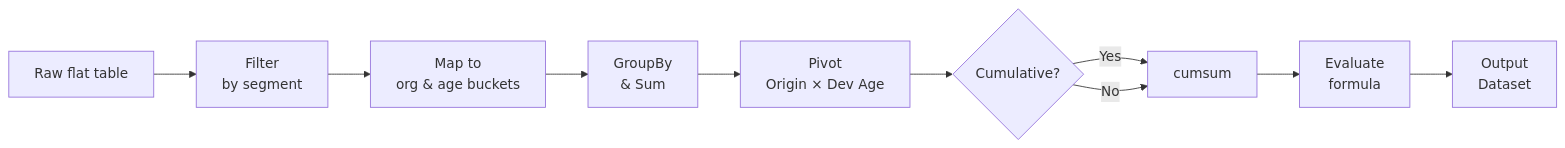
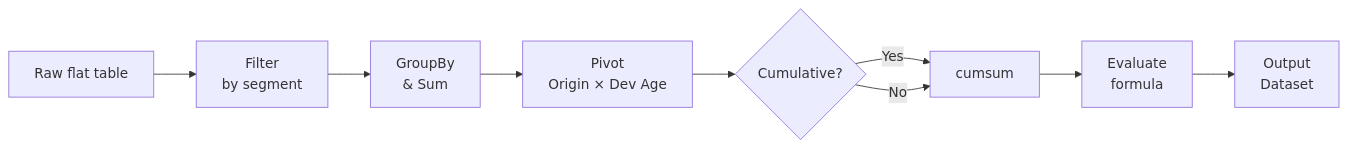
The second of 2 diagrams in README.md (xw2781/ADAS-Actuarial-Data-Analysis-System), drawn with Mermaid before and after one commit. The commit also changed other lines of this file and 1 other file, not shown here.

````diff
--- a/README.md
+++ b/README.md
@@ -82,12 +65,6 @@
 ```mermaid
 flowchart LR
-    A[Raw flat table] --> B[Filter\nby segment]
-    B --> C[Map to\norg & age buckets]
-    C --> D[GroupBy\n& Sum]
-    D --> E[Pivot\nOrigin × Dev Age]
-    E --> F{Cumulative?}
-    F -->|Yes| G[cumsum]
+    A[Raw flat table] --> B[Filter\nby segment] --> D[GroupBy\n& Sum] --> E[Pivot\nOrigin × Dev Age]
+    E --> F{Cumulative?} -->|Yes| G[cumsum] --> H[Evaluate\nformula] --> J[Output\nDataset]
     F -->|No| G
-    G --> H[Evaluate\nformula]
-    H --> J[Output\nDataset]
 ```
````
